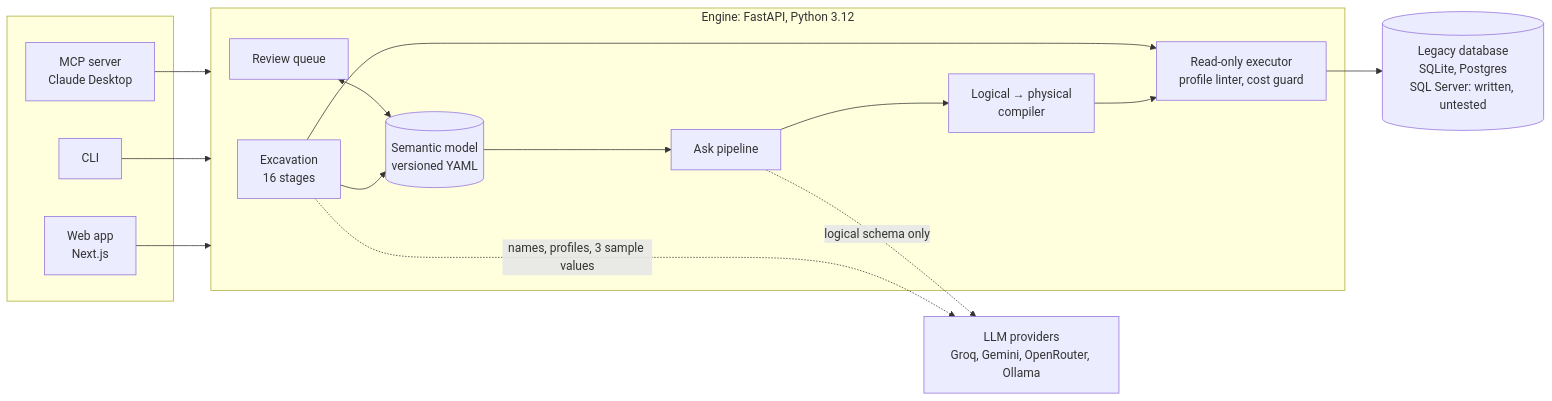
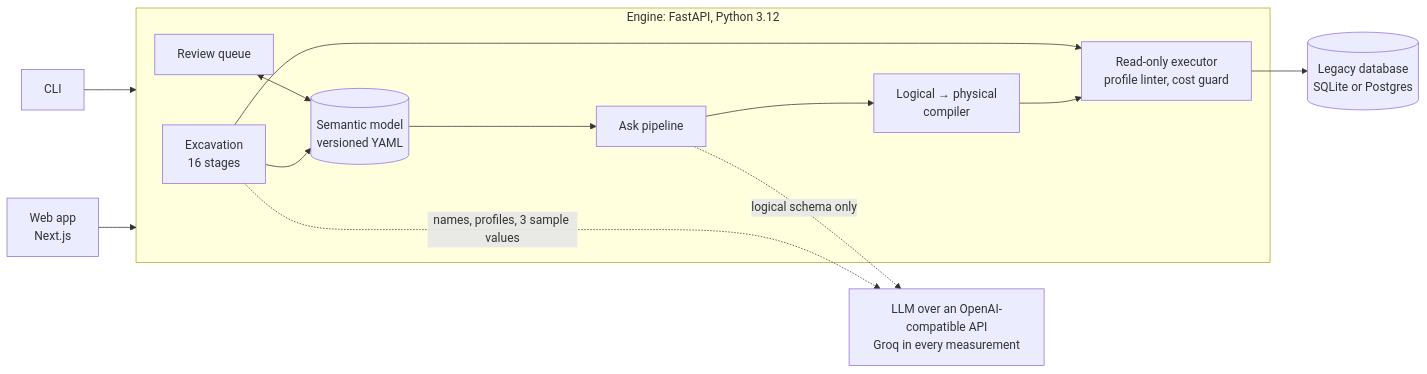
The first of 7 diagrams in README.md (waleed-w-maqbool-m/stratum), drawn with Mermaid before and after one commit. The commit also changed other lines of this file and 4 other files, not shown here.

````diff
--- a/README.md
+++ b/README.md
@@ -76,29 +81,25 @@
 ```mermaid
 flowchart LR
-    subgraph clients[" "]
-        web["Web app<br/>Next.js"]
-        cli["CLI"]
-        mcp["MCP server<br/>Claude Desktop"]
-    end
+    web["Web app<br/>Next.js"] --> engine
+    cli["CLI"] --> engine
 
     subgraph engine["Engine: FastAPI, Python 3.12"]
         excavate["Excavation<br/>16 stages"]
         model[("Semantic model<br/>versioned YAML")]
         review["Review queue"]
         ask["Ask pipeline"]
         compiler["Logical → physical<br/>compiler"]
         guard["Read-only executor<br/>profile linter, cost guard"]
     end
 
-    llm["LLM providers<br/>Groq, Gemini, OpenRouter, Ollama"]
-    db[("Legacy database<br/>SQLite, Postgres<br/>SQL Server: written, untested")]
+    llm["LLM over an OpenAI-compatible API<br/>Groq in every measurement"]
+    db[("Legacy database<br/>SQLite or Postgres")]
 
-    web & cli & mcp --> engine
     excavate --> model
     review <--> model
     model --> ask
     ask --> compiler --> guard --> db
     excavate --> guard
     excavate -.->|"names, profiles, 3 sample values"| llm
     ask -.->|"logical schema only"| llm
 ```
````
